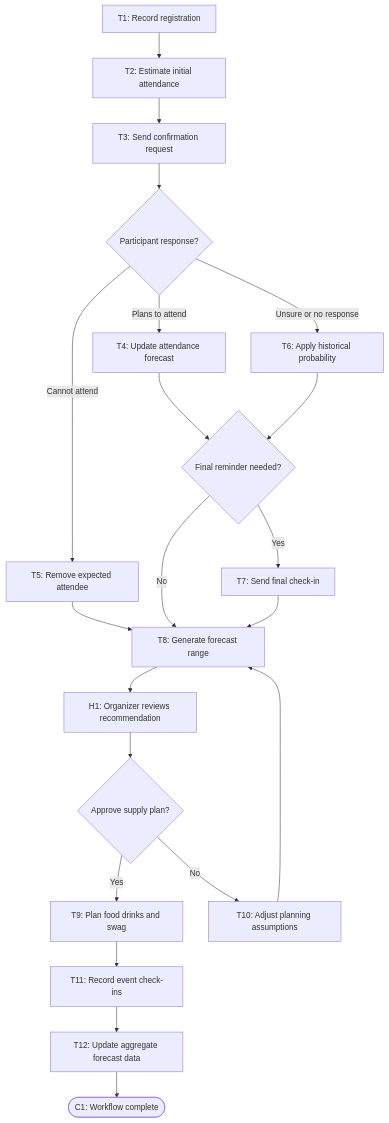
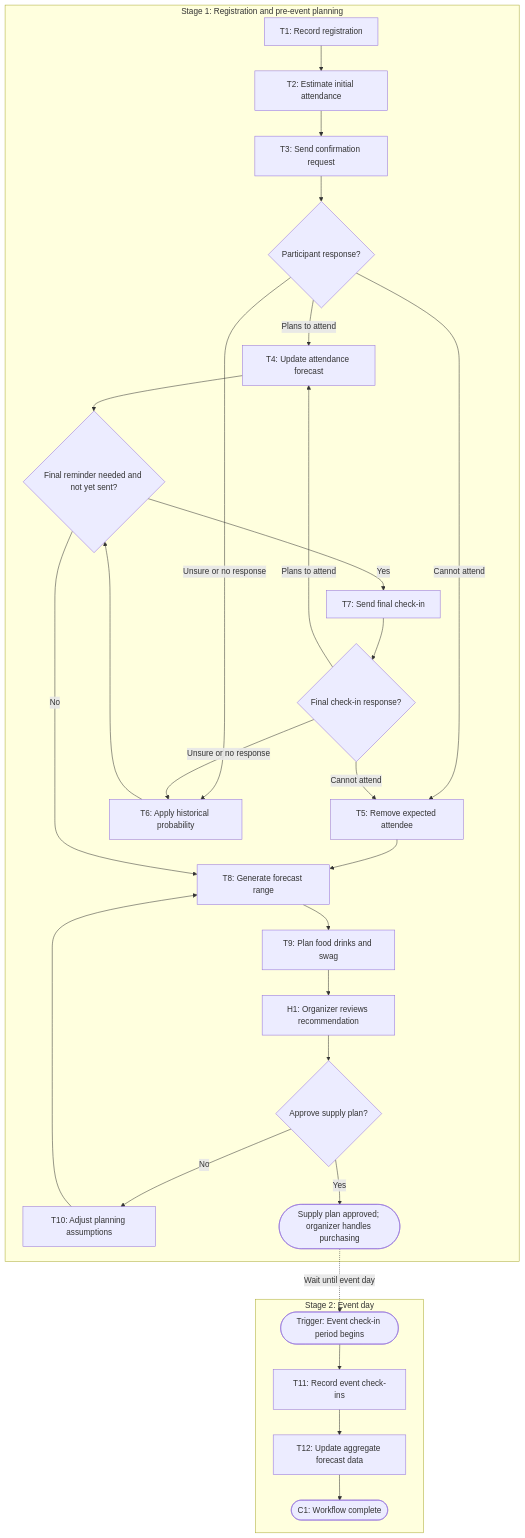
One commit to sanyakumar28/BUS4498_InClass_Builds changed the diagram in my_first_agent/agent/workflow-of-tasks.md. Above: the diagram before and after it, drawn with Mermaid. The commit also changed other lines of this file, not shown here.

Commit message:
Revise workflow to clarify stages and processes
Updated workflow to include two stages: registration and event day. Added details on reminders, forecast updates, and organizer approval process.

````diff
--- a/my_first_agent/agent/workflow-of-tasks.md
+++ b/my_first_agent/agent/workflow-of-tasks.md
@@ -26,29 +29,39 @@
 ```mermaid
 flowchart TD
-    T1["T1: Record registration"] --> T2["T2: Estimate initial attendance"]
-    T2 --> T3["T3: Send confirmation request"]
-    T3 --> D1{"Participant response?"}
+    subgraph S1["Stage 1: Registration and pre-event planning"]
+        T1["T1: Record registration"] --> T2["T2: Estimate initial attendance"]
+        T2 --> T3["T3: Send confirmation request"]
+        T3 --> D1{"Participant response?"}
 
-    D1 -->|Plans to attend| T4["T4: Update attendance forecast"]
-    D1 -->|Cannot attend| T5["T5: Remove expected attendee"]
-    D1 -->|Unsure or no response| T6["T6: Apply historical probability"]
+        D1 -->|Plans to attend| T4["T4: Update attendance forecast"]
+        D1 -->|Cannot attend| T5["T5: Remove expected attendee"]
+        D1 -->|Unsure or no response| T6["T6: Apply historical probability"]
 
-    T4 --> D2{"Final reminder needed?"}
-    T5 --> T8["T8: Generate forecast range"]
-    T6 --> D2
+        T4 --> D2{"Final reminder needed and not yet sent?"}
+        T6 --> D2
+        T5 --> T8["T8: Generate forecast range"]
 
-    D2 -->|Yes| T7["T7: Send final check-in"]
-    D2 -->|No| T8
-    T7 --> T8
+        D2 -->|Yes| T7["T7: Send final check-in"]
+        D2 -->|No| T8
 
-    T8 --> H1["H1: Organizer reviews recommendation"]
-    H1 --> D3{"Approve supply plan?"}
+        T7 --> D4{"Final check-in response?"}
+        D4 -->|Plans to attend| T4
+        D4 -->|Cannot attend| T5
+        D4 -->|Unsure or no response| T6
 
-    D3 -->|Yes| T9["T9: Plan food drinks and swag"]
-    D3 -->|No| T10["T10: Adjust planning assumptions"]
-    T10 --> T8
+        T8 --> T9["T9: Plan food drinks and swag"]
+        T9 --> H1["H1: Organizer reviews recommendation"]
+        H1 --> D3{"Approve supply plan?"}
+        D3 -->|No| T10["T10: Adjust planning assumptions"]
+        T10 --> T8
+        D3 -->|Yes| P1(["Supply plan approved; organizer handles purchasing"])
+    end
 
-    T9 --> T11["T11: Record event check-ins"]
-    T11 --> T12["T12: Update aggregate forecast data"]
-    T12 --> C1([C1: Workflow complete])
+    subgraph S2["Stage 2: Event day"]
+        E1(["Trigger: Event check-in period begins"]) --> T11["T11: Record event check-ins"]
+       T11 --> T12["T12: Update aggregate forecast data"]
+        T12 --> C1(["C1: Workflow complete"])
+    end
+
+    P1 -.->|Wait until event day| E1
 ```
````
